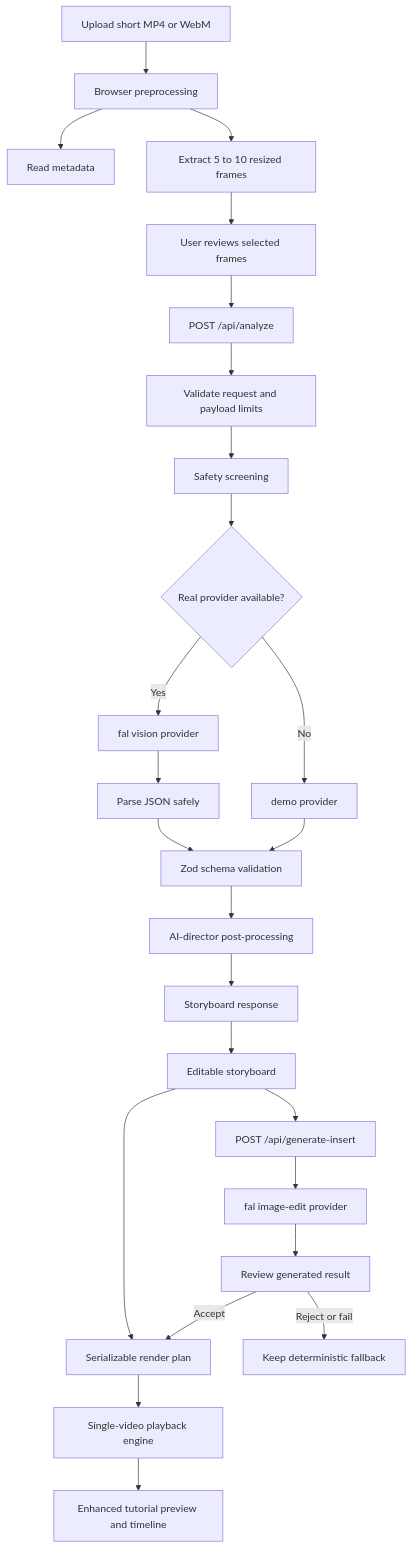
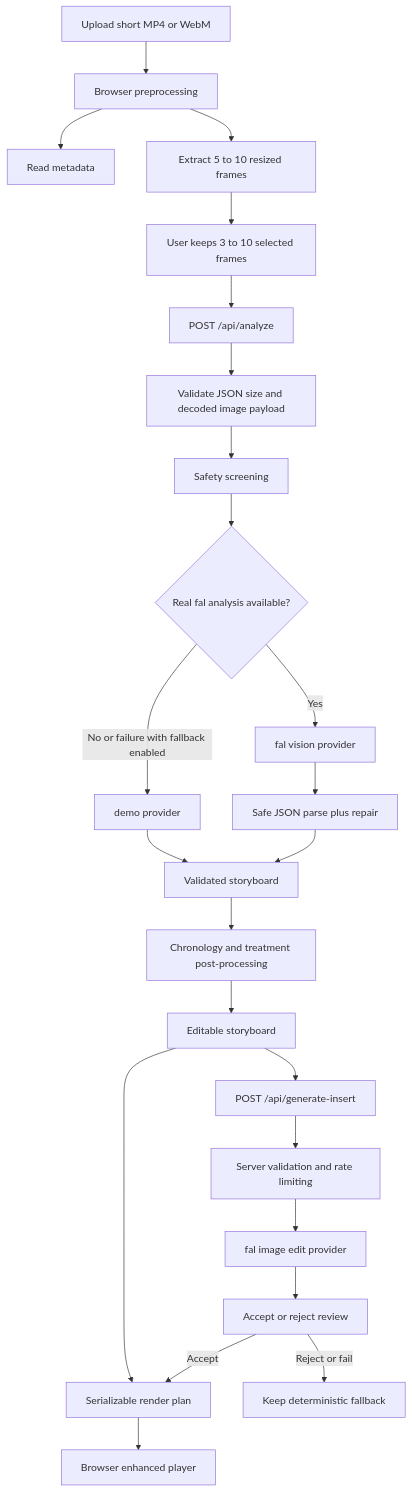
The diagram in README.md (PatWork55/GhostCrew), drawn with Mermaid before and after one commit. The commit also changed other lines of this file and 19 other files, not shown here.

Commit message:
chore: harden production payload limits and generation safeguards

````diff
--- a/README.md
+++ b/README.md
@@ -50,27 +55,26 @@
 ```mermaid
 flowchart TD
   A[Upload short MP4 or WebM] --> B[Browser preprocessing]
   B --> B1[Read metadata]
   B --> B2[Extract 5 to 10 resized frames]
-  B2 --> B3[User reviews selected frames]
+  B2 --> B3[User keeps 3 to 10 selected frames]
   B3 --> C[POST /api/analyze]
-  C --> D[Validate request and payload limits]
+  C --> D[Validate JSON size and decoded image payload]
   D --> E[Safety screening]
-  E --> F{Real provider available?}
+  E --> F{Real fal analysis available?}
   F -->|Yes| G[fal vision provider]
-  F -->|No| H[demo provider]
-  G --> I[Parse JSON safely]
-  I --> J[Zod schema validation]
-  H --> J
-  J --> K[AI-director post-processing]
-  K --> L[Storyboard response]
-  L --> M[Editable storyboard]
-  M --> N[Serializable render plan]
-  M --> Q[POST /api/generate-insert]
-  Q --> R[fal image-edit provider]
-  R --> S[Review generated result]
-  S -->|Accept| N
-  S -->|Reject or fail| T[Keep deterministic fallback]
-  N --> O[Single-video playback engine]
-  O --> P[Enhanced tutorial preview and timeline]
+  F -->|No or failure with fallback enabled| H[demo provider]
+  G --> I[Safe JSON parse plus repair]
+  H --> J[Validated storyboard]
+  I --> J
+  J --> K[Chronology and treatment post-processing]
+  K --> L[Editable storyboard]
+  L --> M[Serializable render plan]
+  L --> N[POST /api/generate-insert]
+  N --> O[Server validation and rate limiting]
+  O --> P[fal image edit provider]
+  P --> Q[Accept or reject review]
+  Q -->|Accept| M
+  Q -->|Reject or fail| R[Keep deterministic fallback]
+  M --> S[Browser enhanced player]
 ```
````
